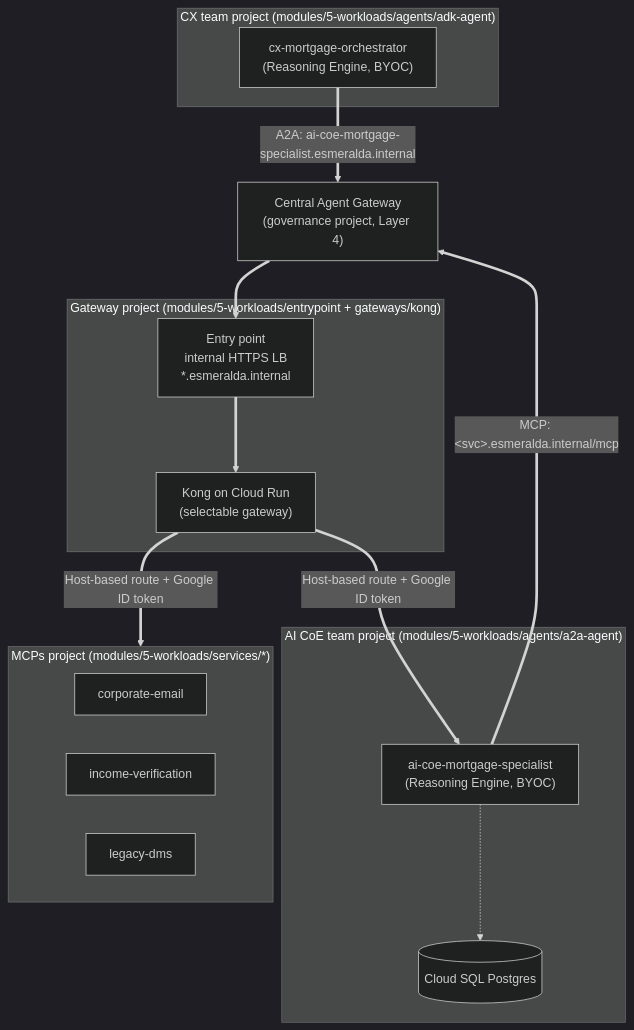
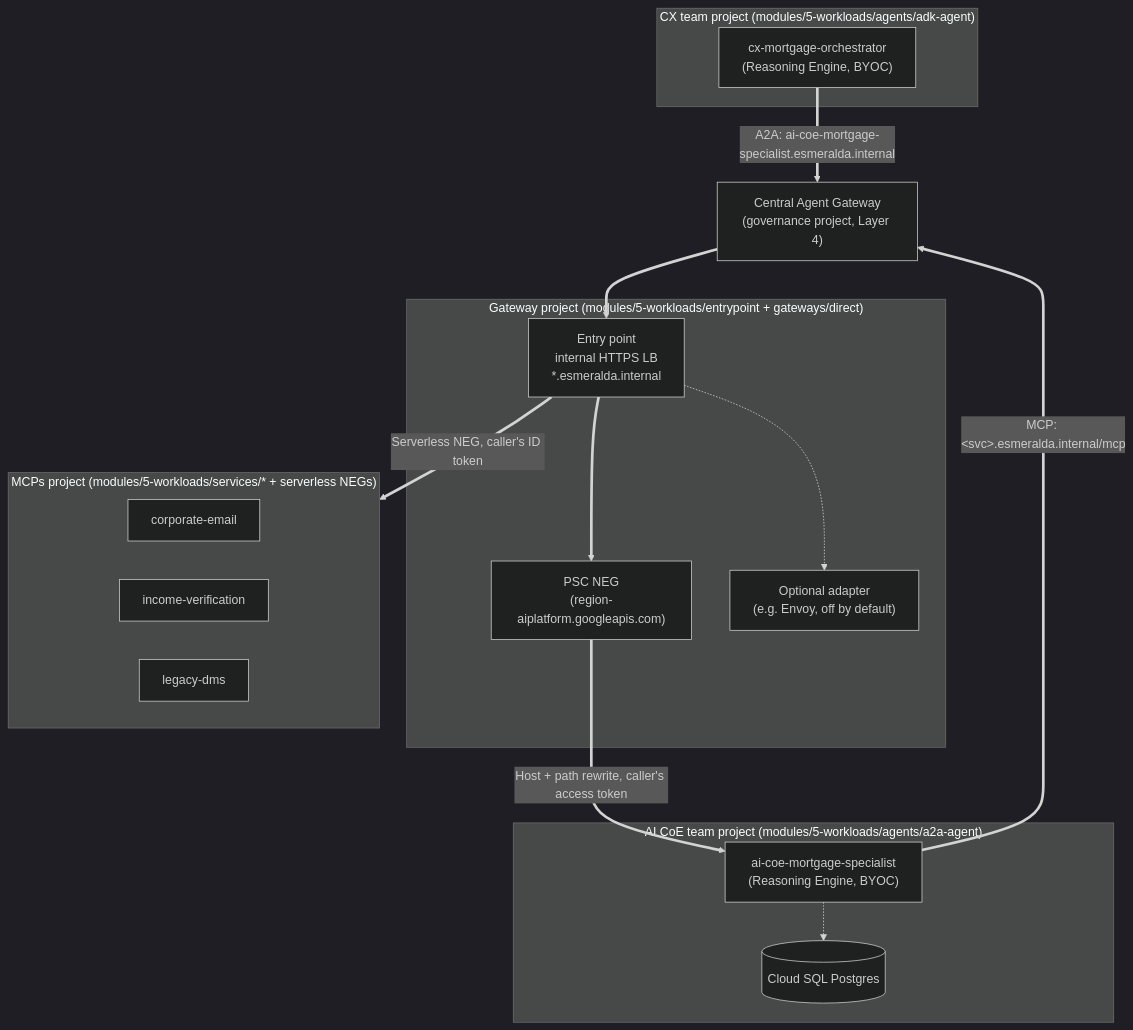
One commit to google/esmeralda changed the diagram in docs/src/2-workloads-and-catalog/index.md. Above: the diagram before and after it, drawn with Mermaid (dark theme). The commit also changed other lines of this file and 93 other files, not shown here.

Commit message:
feat(gateway): built-in direct backend by default, service catalog, and remove Kong

````diff
--- a/docs/src/2-workloads-and-catalog/index.md
+++ b/docs/src/2-workloads-and-catalog/index.md
@@ -61,32 +61,34 @@
 ```mermaid
 flowchart TB
     subgraph CX["CX team project (modules/5-workloads/agents/adk-agent)"]
         Orch["cx-mortgage-orchestrator<br/>(Reasoning Engine, BYOC)"]
     end
 
     AGW["Central Agent Gateway<br/>(governance project, Layer 4)"]
 
-    subgraph Gateway["Gateway project (modules/5-workloads/entrypoint + gateways/kong)"]
+    subgraph Gateway["Gateway project (modules/5-workloads/entrypoint + gateways/direct)"]
         EP["Entry point<br/>internal HTTPS LB<br/>*.esmeralda.internal"]
-        Kong["Kong on Cloud Run<br/>(selectable gateway)"]
-        EP ==> Kong
+        PSC["PSC NEG<br/>(region-aiplatform.googleapis.com)"]
+        Adapter["Optional adapter<br/>(e.g. Envoy, off by default)"]
+        EP ==> PSC
+        EP -.-> Adapter
     end
 
     subgraph CoE["AI CoE team project (modules/5-workloads/agents/a2a-agent)"]
         Spec["ai-coe-mortgage-specialist<br/>(Reasoning Engine, BYOC)"]
         DB[(Cloud SQL Postgres)]
         Spec -.-> DB
     end
 
-    subgraph MCPServers["MCPs project (modules/5-workloads/services/*)"]
+    subgraph MCPServers["MCPs project (modules/5-workloads/services/* + serverless NEGs)"]
         M1["corporate-email"]
         M2["income-verification"]
         M3["legacy-dms"]
     end
 
     Orch ==>|"A2A: ai-coe-mortgage-specialist.esmeralda.internal"| AGW
     Spec ==>|"MCP: #60;svc#62;.esmeralda.internal/mcp"| AGW
     AGW ==> EP
-    Kong ==>|Host-based route + Google ID token| Spec
-    Kong ==>|Host-based route + Google ID token| MCPServers
+    PSC ==>|"Host + path rewrite, caller's access token"| Spec
+    EP ==>|"Serverless NEG, caller's ID token"| MCPServers
 ```
````
